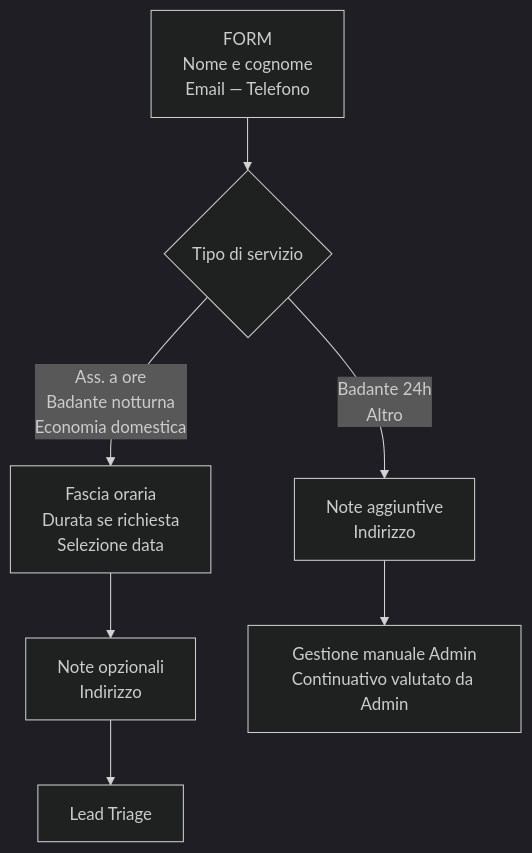
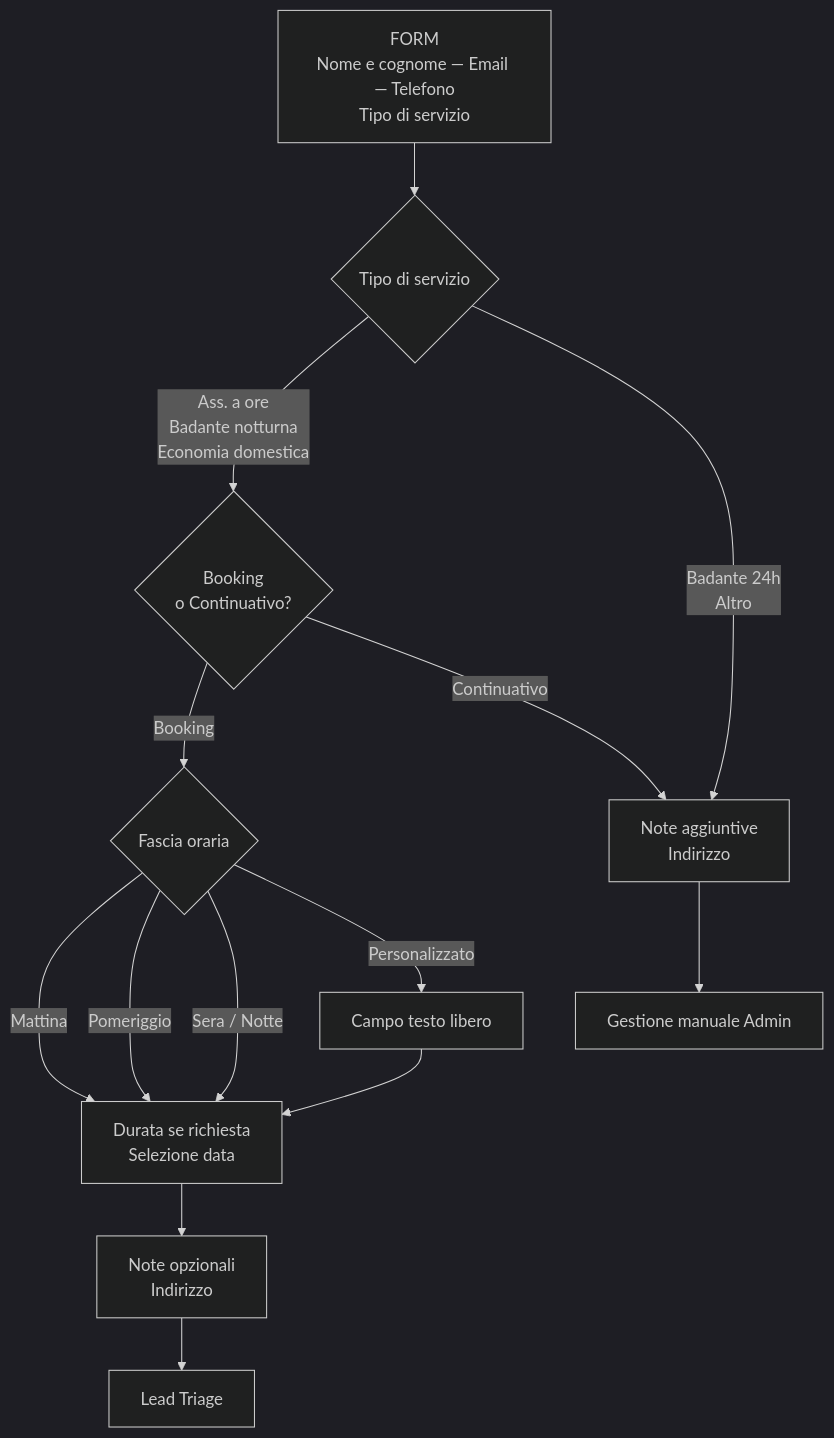
One commit to andreadimicco1/atlas-nevod changed the second of 2 diagrams in milestone1/01_landing_page.md. Above: the diagram before and after it, drawn with Mermaid (dark theme). The commit also changed other lines of this file, not shown here.

Commit message:
Form cliente — booking vs continuativo unificato con selezione fascia oraria integrata

````diff
--- a/milestone1/01_landing_page.md
+++ b/milestone1/01_landing_page.md
@@ -47,14 +45,23 @@
 ```mermaid
 flowchart TD
-    FORM[FORM\nNome e cognome\nEmail — Telefono\n]
+    FORM[FORM\nNome e cognome — Email — Telefono\nTipo di servizio]
 
     FORM --> TIPO{Tipo di servizio}
 
-    TIPO --> |Ass. a ore\nBadante notturna\nEconomia domestica| BK[Fascia oraria\nDurata se richiesta\nSelezione data]
-    TIPO --> |Badante 24h\nAltro| ALT[Note aggiuntive\nIndirizzo]
+    TIPO --> |Ass. a ore\nBadante notturna\nEconomia domestica| SCELTA{Booking\no Continuativo?}
+    TIPO --> |Badante 24h\nAltro| MANUAL
 
-    BK --> FINE[Note opzionali\nIndirizzo]
+    SCELTA --> |Booking| ORA{Fascia oraria}
+    SCELTA --> |Continuativo| MANUAL[Note aggiuntive\nIndirizzo]
+
+    ORA --> |Mattina| DUR[Durata se richiesta\nSelezione data]
+    ORA --> |Pomeriggio| DUR
+    ORA --> |Sera / Notte| DUR
+    ORA --> |Personalizzato| CUST[Campo testo libero]
+    CUST --> DUR
+
+    DUR --> FINE[Note opzionali\nIndirizzo]
     FINE --> LT[Lead Triage]
 
-    ALT --> GM[Gestione manuale Admin\nContinuativo valutato da Admin]
+    MANUAL --> GM[Gestione manuale Admin]
 ```
````
